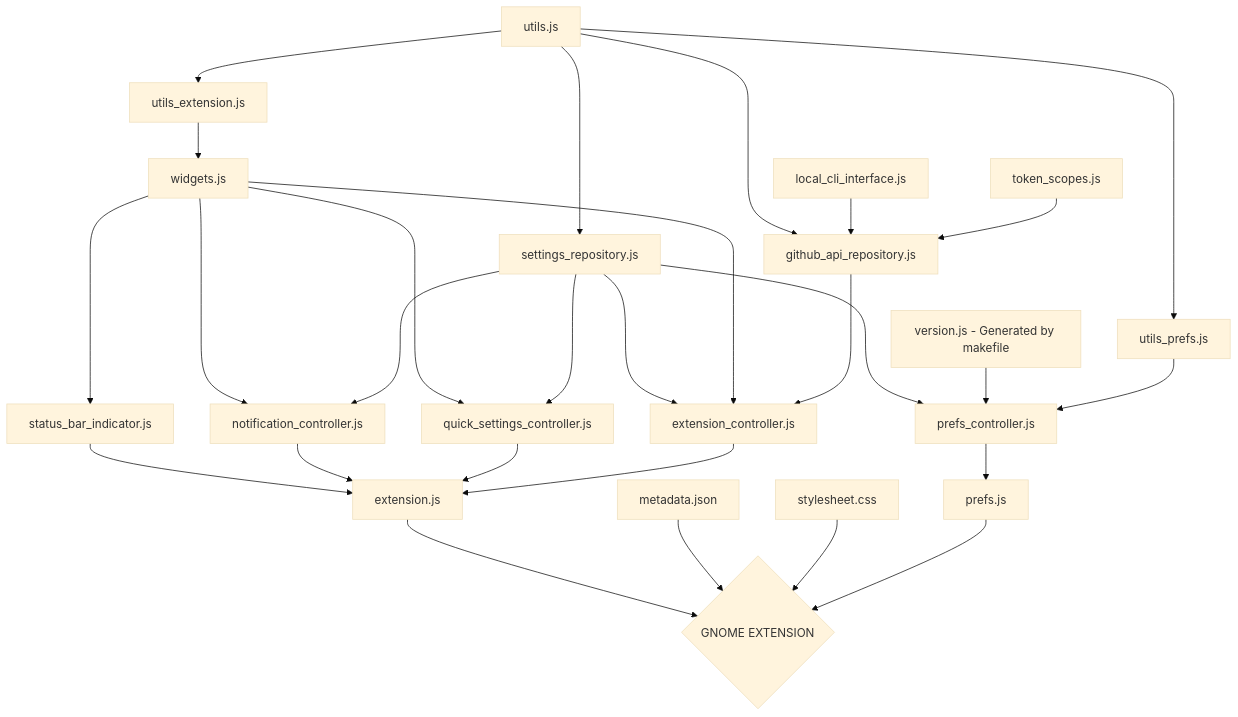
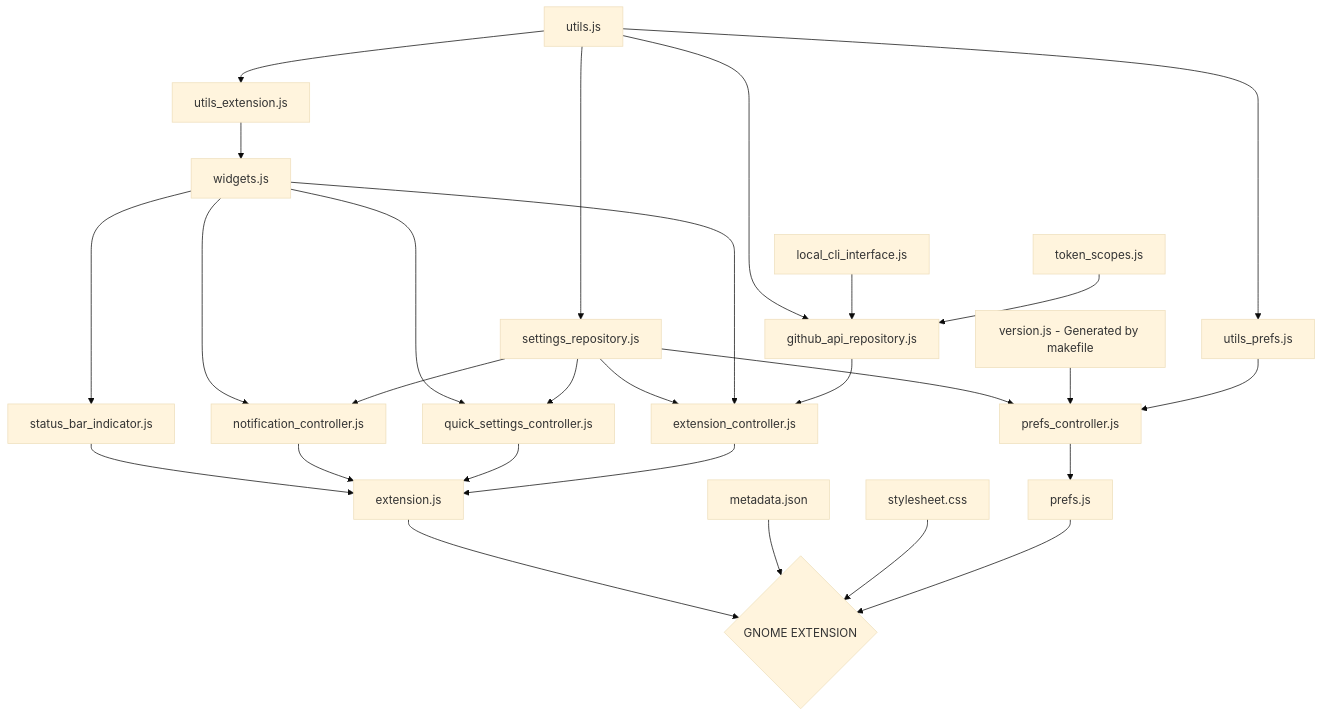
The diagram in README.md (arononak/github-actions-gnome-extension), drawn with Mermaid (base theme) before and after one commit.

````diff
--- a/README.md
+++ b/README.md
@@ -32,33 +32,33 @@
 ```mermaid
 graph TD;
     utils.js-->utils_extension.js
     utils.js-->github_api_repository.js
     utils.js-->utils_prefs.js
     utils.js-->settings_repository.js
     utils_extension.js-->widgets.js
     widgets.js---->status_bar_indicator.js
     widgets.js---->quick_settings_controller.js
     widgets.js---->notification_controller.js
-    settings_repository.js--->extension_controller.js
+    settings_repository.js-->extension_controller.js
     widgets.js--->extension_controller.js
 
     local_cli_interface.js-->github_api_repository.js
     token_scopes.js-->github_api_repository.js
-    github_api_repository.js--->extension_controller.js
-    settings_repository.js--->quick_settings_controller.js
-    settings_repository.js--->notification_controller.js
-    settings_repository.js--->prefs_controller.js
+    github_api_repository.js-->extension_controller.js
+    settings_repository.js-->quick_settings_controller.js
+    settings_repository.js-->notification_controller.js
+    settings_repository.js-->prefs_controller.js
     version.js[version.js - Generated by makefile]-->prefs_controller.js
     utils_prefs.js-->prefs_controller.js
 
     status_bar_indicator.js-->extension.js
     notification_controller.js-->extension.js
     quick_settings_controller.js-->extension.js
     extension_controller.js-->extension.js
     prefs_controller.js-->prefs.js
     
     extension.js-->EXTENSION{GNOME EXTENSION}
     metadata.json-->EXTENSION{GNOME EXTENSION}
     stylesheet.css-->EXTENSION{GNOME EXTENSION}
     prefs.js-->EXTENSION{GNOME EXTENSION}
 ```
````
